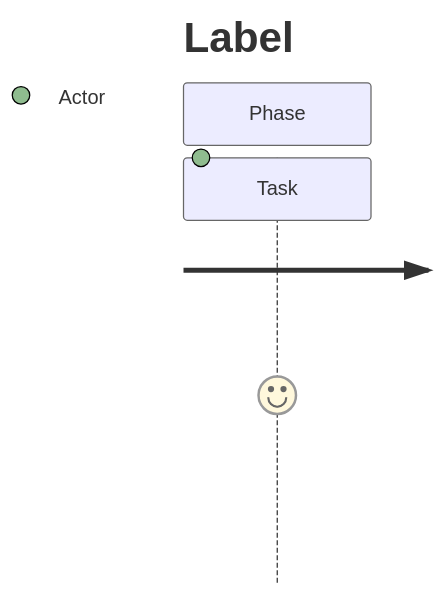
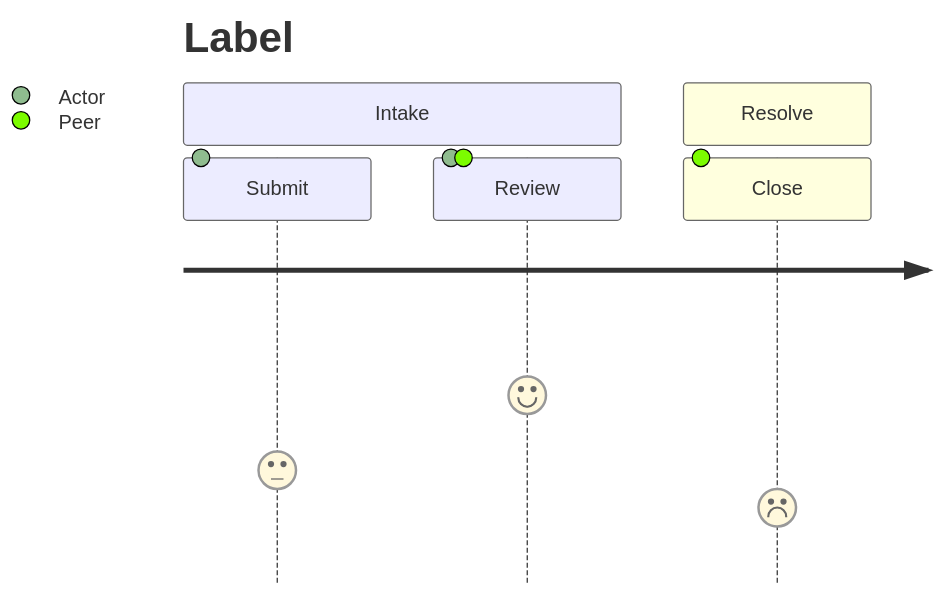
Before and after one commit to bsamiee/Rasm: the third of 21 diagrams in .claude/skills/mermaid-diagramming/references/syntax-extended.md, drawn with Mermaid. The commit also changed other lines of this file and 38 other files, not shown here.

````diff
--- a/.claude/skills/mermaid-diagramming/references/syntax-extended.md
+++ b/.claude/skills/mermaid-diagramming/references/syntax-extended.md
@@ -64,6 +70,9 @@
 ```mermaid
 journey
   title Label
-  section Phase
-    Task: 5: Actor
+  section Intake
+    Submit: 3: Actor
+    Review: 5: Actor, Peer
+  section Resolve
+    Close: 2: Peer
 ```
````
